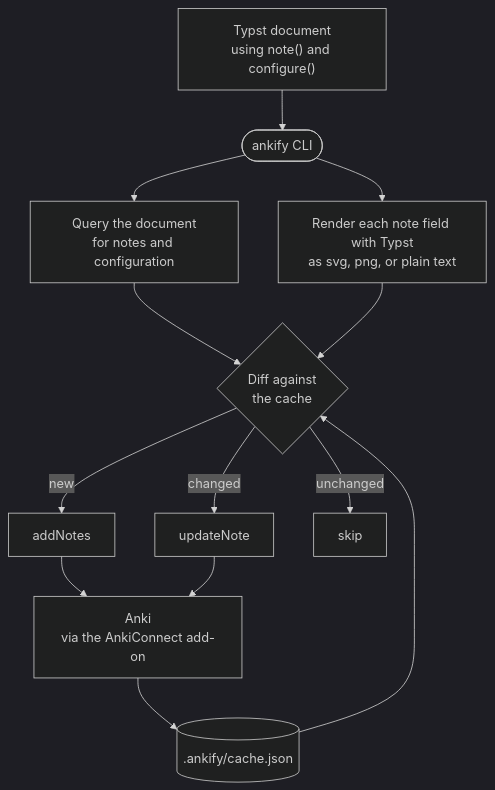
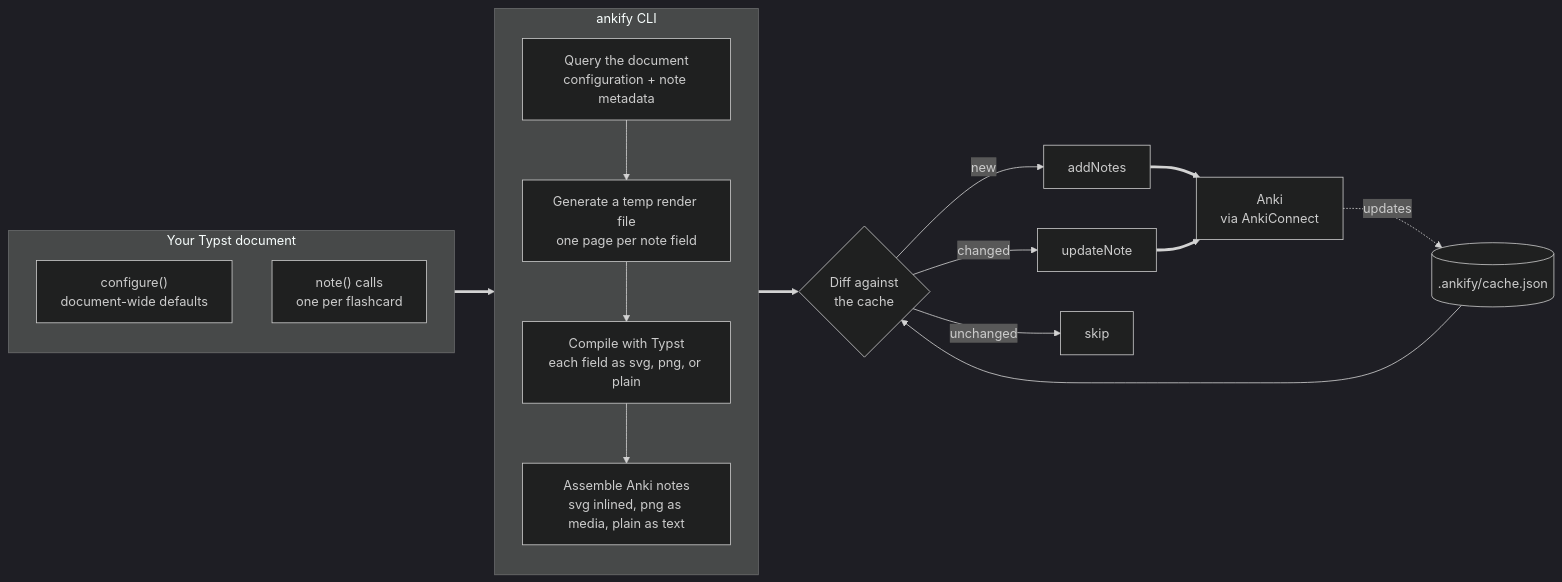
Before and after one commit to nvlang/ankify: the diagram in README.md, drawn with Mermaid (dark theme).

Commit message:
docs: enrich the how-it-works flowchart
Replace the README's Mermaid flowchart with a richer left-to-right
pipeline: query metadata, generate a temp render file, compile fields,
assemble Anki notes, then diff against the cache.

````diff
--- a/README.md
+++ b/README.md
@@ -44,17 +44,29 @@
 ```mermaid
-flowchart TD
-    doc["Typst document<br/>using note() and configure()"]
-    doc --> cli(["ankify CLI"])
-    cli --> query["Query the document<br/>for notes and configuration"]
-    cli --> render["Render each note field with Typst<br/>as svg, png, or plain text"]
+flowchart LR
+    subgraph src ["Your Typst document"]
+        direction TB
+        cfg["configure()<br/>document-wide defaults"]
+        noteCalls["note() calls<br/>one per flashcard"]
+    end
+
+    subgraph cli ["ankify CLI"]
+        direction TB
+        query["Query the document<br/>configuration + note metadata"]
+        gen["Generate a temp render file<br/>one page per note field"]
+        compile["Compile with Typst<br/>each field as svg, png, or plain"]
+        assemble["Assemble Anki notes<br/>svg inlined, png as media, plain as text"]
+        query --> gen --> compile --> assemble
+    end
+
     cache[(".ankify/cache.json")]
-    query --> diff{"Diff against<br/>the cache"}
-    render --> diff
+
+    src ==> query
+    assemble ==> diff{"Diff against<br/>the cache"}
     cache --> diff
     diff -->|new| add["addNotes"]
     diff -->|changed| update["updateNote"]
     diff -->|unchanged| skip["skip"]
-    add --> anki["Anki<br/>via the AnkiConnect add-on"]
-    update --> anki
-    anki --> cache
+    add ==> anki["Anki<br/>via AnkiConnect"]
+    update ==> anki
+    anki -.updates.-> cache
 ```
````
